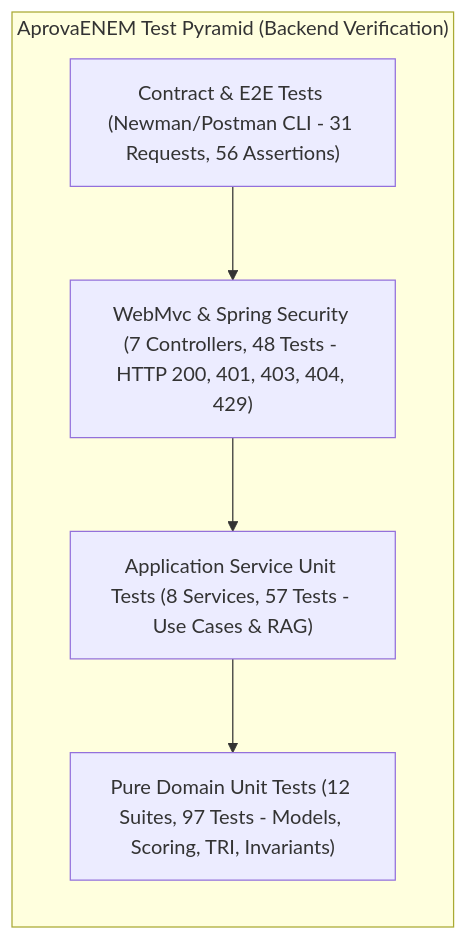
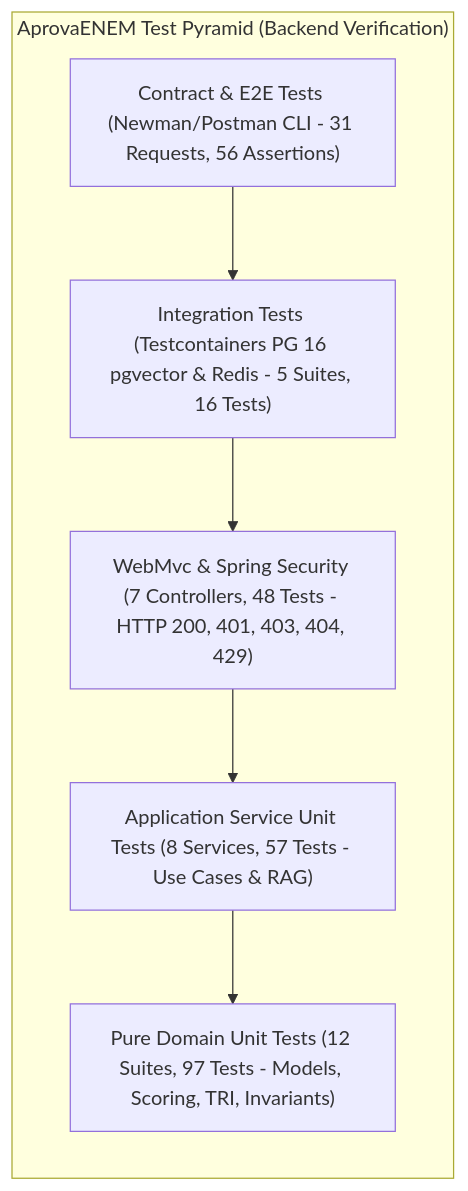
One commit to Veras-D/AprovaENEM changed the second of 2 diagrams in docs/BACKLOG.md. Above: the diagram before and after it, drawn with Mermaid. The commit also changed other lines of this file and 12 other files, not shown here.

Commit message:
test(integration): implement Testcontainers PostgreSQL 16 pgvector & Redis integration tests (TASK-S3-04)

````diff
--- a/docs/BACKLOG.md
+++ b/docs/BACKLOG.md
@@ -320,13 +320,15 @@
 ```mermaid
 flowchart TD
     subgraph TestPyramid["AprovaENEM Test Pyramid (Backend Verification)"]
         direction TB
         L4["Contract & E2E Tests (Newman/Postman CLI - 31 Requests, 56 Assertions)"]
-        L3["WebMvc & Spring Security (7 Controllers, 48 Tests - HTTP 200, 401, 403, 404, 429)"]
-        L2["Application Service Unit Tests (8 Services, 57 Tests - Use Cases & RAG)"]
-        L1["Pure Domain Unit Tests (12 Suites, 97 Tests - Models, Scoring, TRI, Invariants)"]
+        L3["Integration Tests (Testcontainers PG 16 pgvector & Redis - 5 Suites, 16 Tests)"]
+        L2["WebMvc & Spring Security (7 Controllers, 48 Tests - HTTP 200, 401, 403, 404, 429)"]
+        L1["Application Service Unit Tests (8 Services, 57 Tests - Use Cases & RAG)"]
+        L0["Pure Domain Unit Tests (12 Suites, 97 Tests - Models, Scoring, TRI, Invariants)"]
     end
     L4 --> L3
     L3 --> L2
     L2 --> L1
+    L1 --> L0
 ```
````
